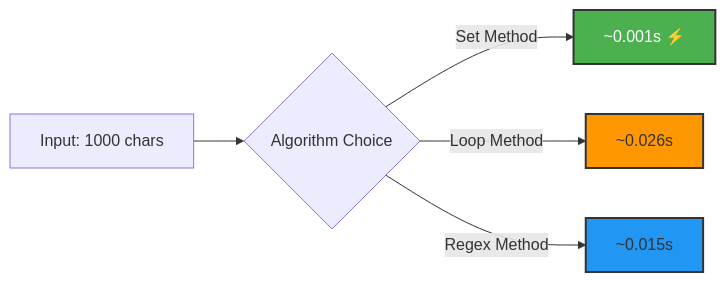
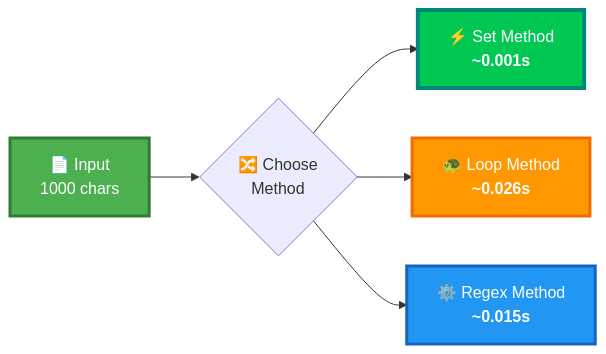
One commit to LuthandoCandlovu/sarao-technical-challenge changed the second of 2 diagrams in project-3/README.md. Above: the diagram before and after it, drawn with Mermaid. The commit also changed other lines of this file and 5 other files, not shown here.

````diff
--- a/project-3/README.md
+++ b/project-3/README.md
@@ -218,11 +590,18 @@
 ```mermaid
 graph LR
-    A[Input: 1000 chars] --> B{Algorithm Choice}
-    B -->|Set Method| C[~0.001s ⚡]
-    B -->|Loop Method| D[~0.026s]
-    B -->|Regex Method| E[~0.015s]
+    A["📄 Input<br/>1000 chars"]
+    B{"🔀 Choose<br/>Method"}
+    C["⚡ Set Method<br/><b>~0.001s</b>"]
+    D["🐢 Loop Method<br/><b>~0.026s</b>"]
+    E["⚙️ Regex Method<br/><b>~0.015s</b>"]
 
-    style C fill:#4CAF50,stroke:#333,stroke-width:2px,color:#fff
-    style D fill:#FF9800,stroke:#333,stroke-width:2px
-    style E fill:#2196F3,stroke:#333,stroke-width:2px
+    A --> B
+    B --> C
+    B --> D
+    B --> E
+
+    style A fill:#4CAF50,stroke:#2E7D32,stroke-width:3px,color:#fff
+    style C fill:#00C853,stroke:#00897B,stroke-width:4px,color:#fff
+    style D fill:#FF9800,stroke:#EF6C00,stroke-width:3px,color:#fff
+    style E fill:#2196F3,stroke:#1565C0,stroke-width:3px,color:#fff
 ```
````
